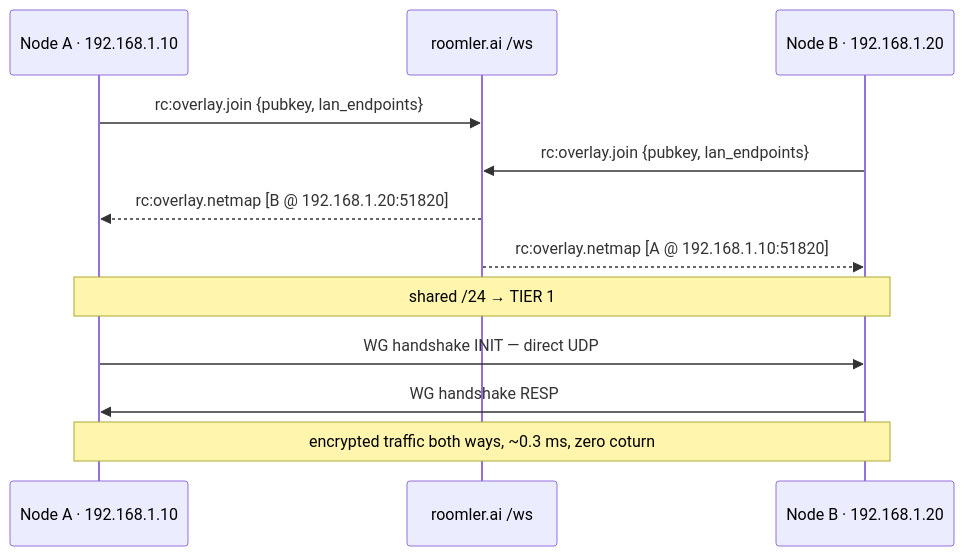
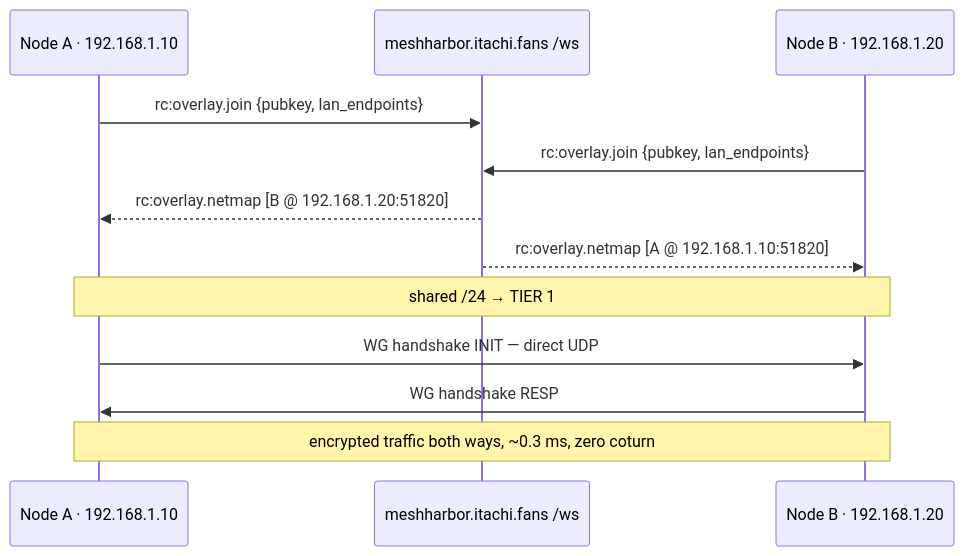
The fifth of 13 diagrams in docs/overlay-communication.md (jk-zhang-meta/MeshHarbor), drawn with Mermaid before and after one commit. The commit also changed other lines of this file and 682 other files, not shown here.

````diff
--- a/docs/overlay-communication.md
+++ b/docs/overlay-communication.md
@@ -342,15 +342,15 @@
 ```mermaid
 sequenceDiagram
     participant A as Node A · 192.168.1.10
-    participant S as roomler.ai /ws
+    participant S as meshharbor.itachi.fans /ws
     participant B as Node B · 192.168.1.20
 
     A->>S: rc:overlay.join {pubkey, lan_endpoints}
     B->>S: rc:overlay.join {pubkey, lan_endpoints}
     S-->>A: rc:overlay.netmap [B @ 192.168.1.20:51820]
     S-->>B: rc:overlay.netmap [A @ 192.168.1.10:51820]
     Note over A,B: shared /24 → TIER 1
     A->>B: WG handshake INIT — direct UDP
     B->>A: WG handshake RESP
     Note over A,B: encrypted traffic both ways, ~0.3 ms, zero coturn
 ```
````
